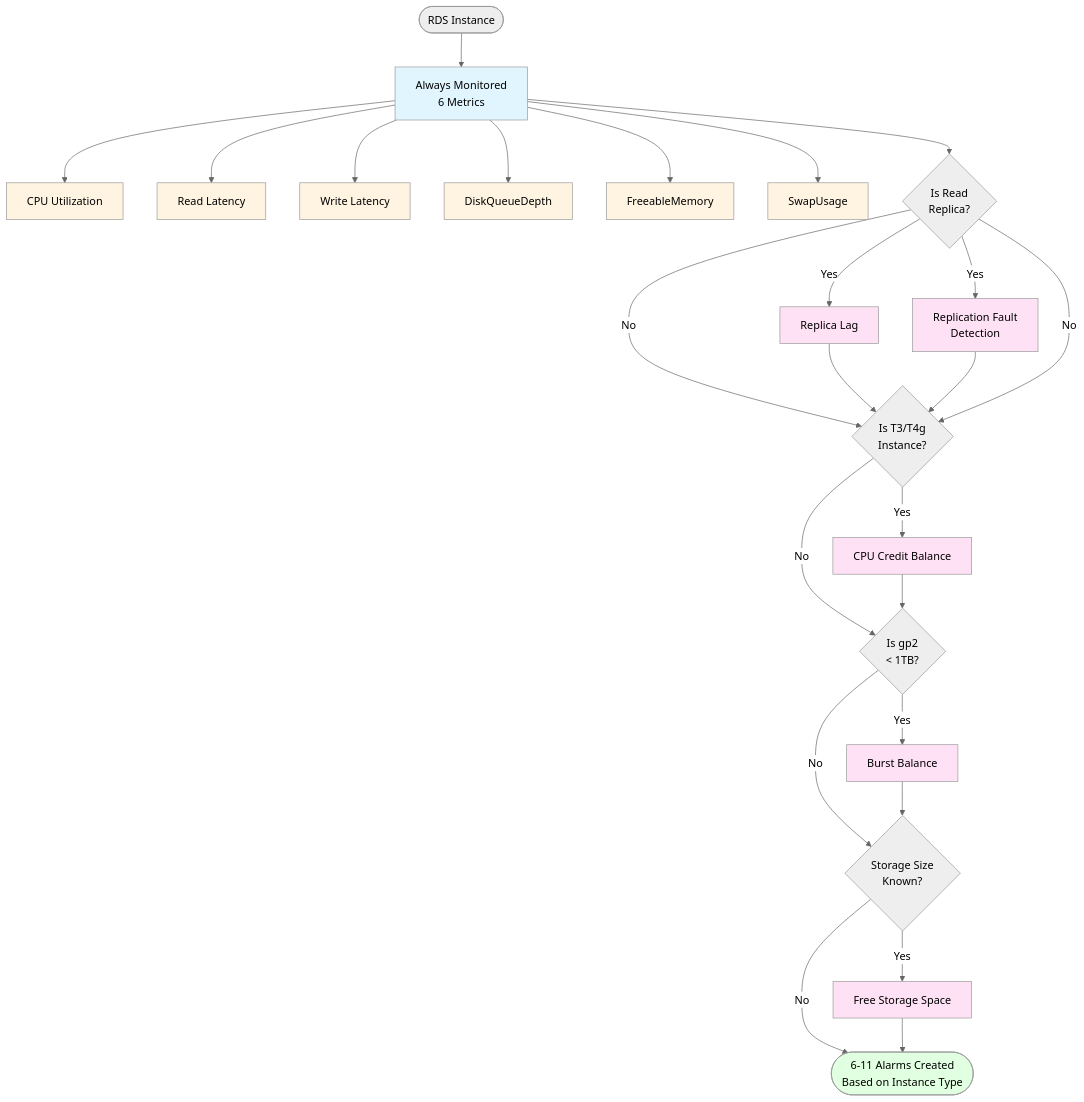
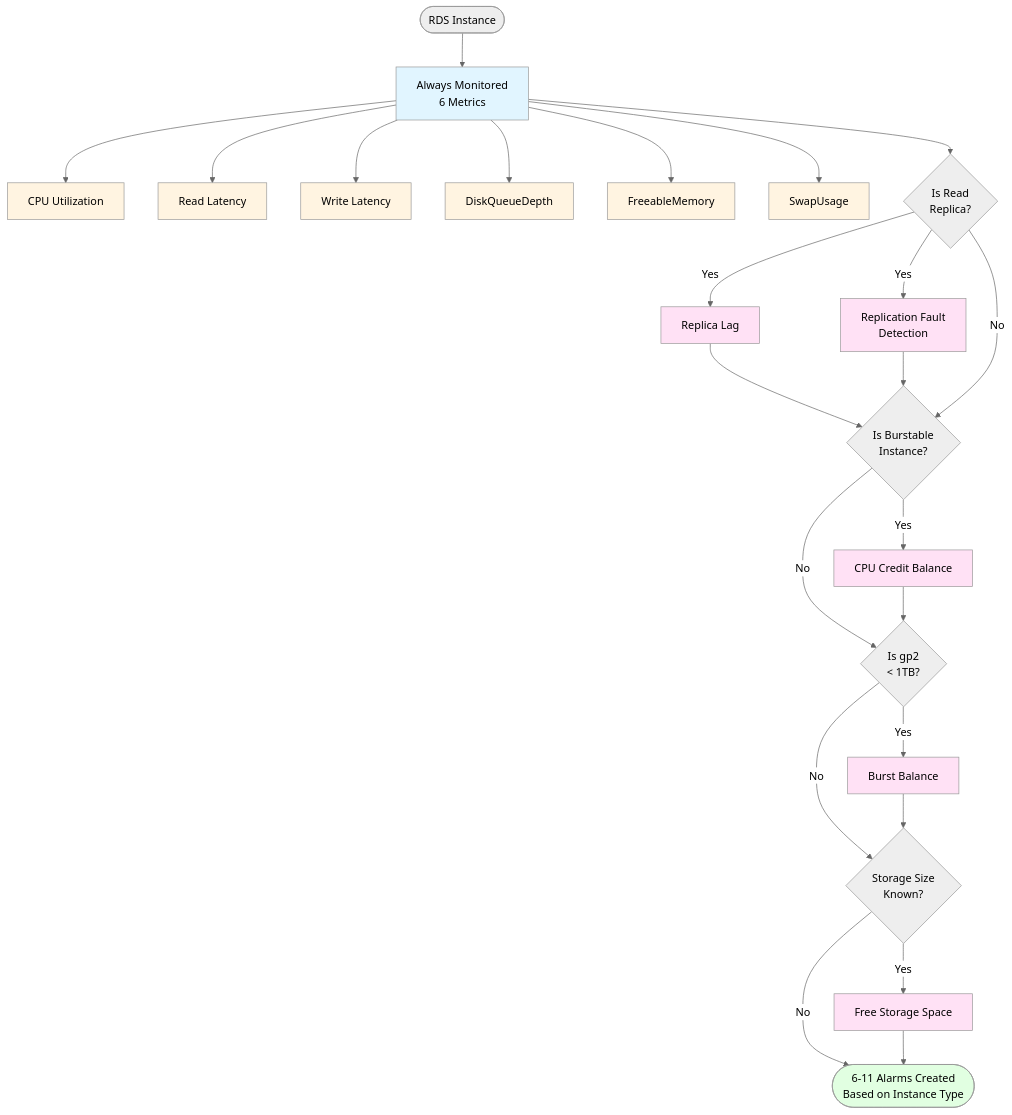
The diagram in README.md (cloudomat/terraform-aws-rds_alarms), drawn with Mermaid (neutral theme) before and after one commit. The commit also changed other lines of this file, not shown here.

Commit message:
Fix flowchart logic and clarify burstable instance terminology
- Removes duplicate flow paths from CheckReplica node
- Changes 'T3/T4g Instance' to 'Burstable Instance' for accuracy
- Adds note clarifying all T-series instances (t2, t3, t4g) are burstable
- Updates examples to include db.t2.* in clarification

🤖 Generated with [Claude Code](https://claude.com/claude-code)

````diff
--- a/README.md
+++ b/README.md
@@ -145,47 +145,46 @@
 ```mermaid
 flowchart TD
     Start([RDS Instance]) --> Always[Always Monitored<br/>6 Metrics]
 
     Always --> CPU[CPU Utilization]
     Always --> ReadLat[Read Latency]
     Always --> WriteLat[Write Latency]
     Always --> DiskQueue[DiskQueueDepth]
     Always --> Memory[FreeableMemory]
     Always --> Swap[SwapUsage]
 
     Always --> CheckReplica{Is Read<br/>Replica?}
     CheckReplica -->|Yes| ReplicaLag[Replica Lag]
     CheckReplica -->|Yes| ReplicaFault[Replication Fault<br/>Detection]
+
+    ReplicaLag --> CheckBurstable{Is Burstable<br/>Instance?}
+    ReplicaFault --> CheckBurstable
     CheckReplica -->|No| CheckBurstable
 
-    ReplicaLag --> CheckBurstable{Is T3/T4g<br/>Instance?}
-    ReplicaFault --> CheckBurstable
+    CheckBurstable -->|Yes| CPUCredit[CPU Credit Balance]
+    CheckBurstable -->|No| CheckStorage{Is gp2<br/>< 1TB?}
 
-    CheckReplica -->|No| CheckBurstable
-    CheckBurstable -->|Yes| CPUCredit[CPU Credit Balance]
-    CheckBurstable -->|No| CheckStorage
+    CPUCredit --> CheckStorage
+    CheckStorage -->|Yes| BurstBal[Burst Balance]
+    CheckStorage -->|No| CheckStorageSize{Storage Size<br/>Known?}
 
-    CPUCredit --> CheckStorage{Is gp2<br/>< 1TB?}
-    CheckStorage -->|Yes| BurstBal[Burst Balance]
-    CheckStorage -->|No| CheckStorageSize
+    BurstBal --> CheckStorageSize
+    CheckStorageSize -->|Yes| FreeStorage[Free Storage Space]
+    CheckStorageSize -->|No| Result([6-11 Alarms Created<br/>Based on Instance Type])
 
-    BurstBal --> CheckStorageSize{Storage Size<br/>Known?}
-    CheckStorageSize -->|Yes| FreeStorage[Free Storage Space]
-    CheckStorageSize -->|No| Result
-
-    FreeStorage --> Result([6-11 Alarms Created<br/>Based on Instance Type])
+    FreeStorage --> Result
 
     style Always fill:#e1f5ff
     style CPU fill:#fff4e1
     style ReadLat fill:#fff4e1
     style WriteLat fill:#fff4e1
     style DiskQueue fill:#fff4e1
     style Memory fill:#fff4e1
     style Swap fill:#fff4e1
     style ReplicaLag fill:#ffe1f5
     style ReplicaFault fill:#ffe1f5
     style CPUCredit fill:#ffe1f5
     style BurstBal fill:#ffe1f5
     style FreeStorage fill:#ffe1f5
     style Result fill:#e1ffe1
 ```
````
